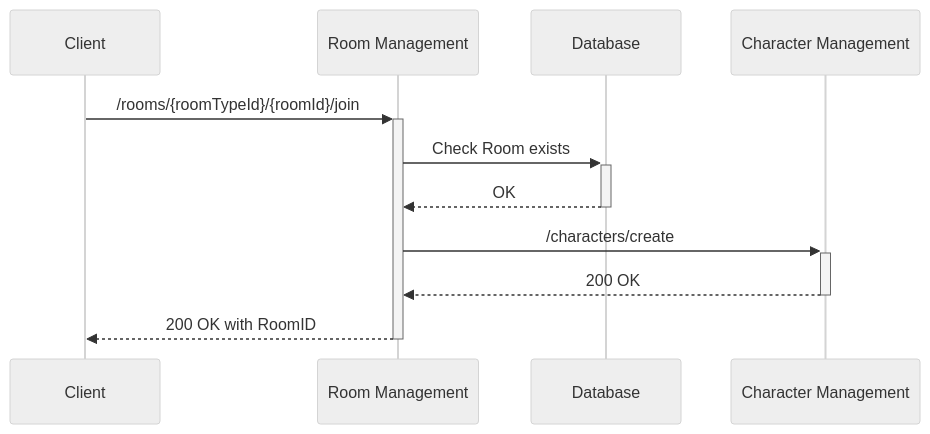
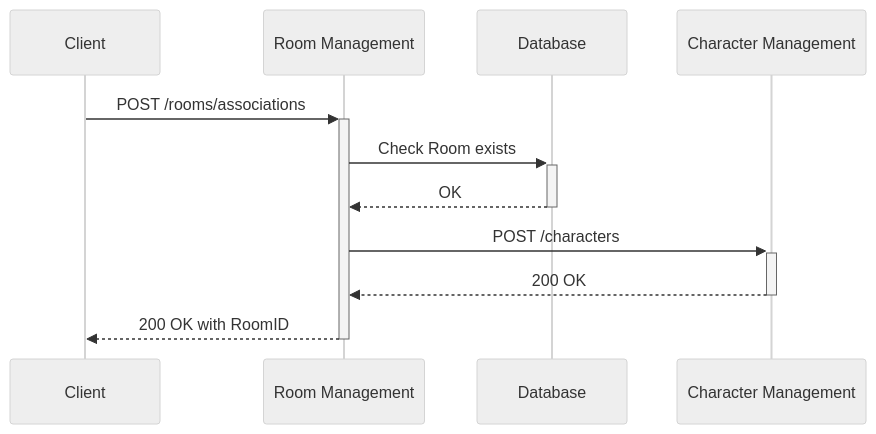
One commit to REW1L/munch-helper changed the third of 3 diagrams in docs/descriptions/MunchHelper/Backend Services/Room Management.md. Above: the diagram before and after it, drawn with Mermaid (neutral theme). The commit also changed other lines of this file and 12 other files, not shown here.

````diff
--- a/docs/descriptions/MunchHelper/Backend Services/Room Management.md
+++ b/docs/descriptions/MunchHelper/Backend Services/Room Management.md
@@ -78,14 +77,14 @@
 ```mermaid
 sequenceDiagram
     participant Client
     participant Room Management
     participant Database
     participant Character Management
 
-    Client ->>+ Room Management: /rooms/{roomTypeId}/{roomId}/join
+    Client ->>+ Room Management: POST /rooms/associations
     Room Management ->>+ Database: Check Room exists
     Database -->>- Room Management: OK
-    Room Management ->>+ Character Management: /characters/create
+    Room Management ->>+ Character Management: POST /characters
     Character Management -->>- Room Management: 200 OK
     Room Management -->>- Client: 200 OK with RoomID
 ```
````
